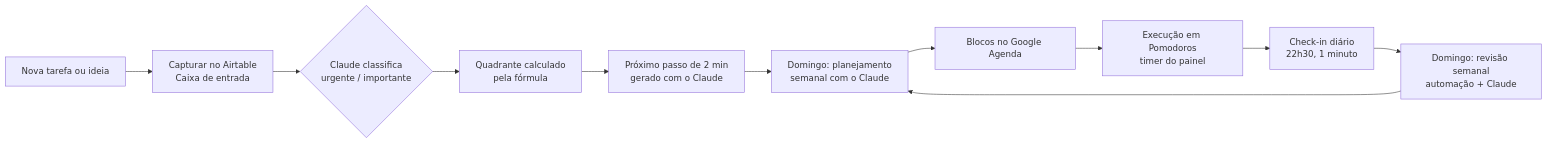
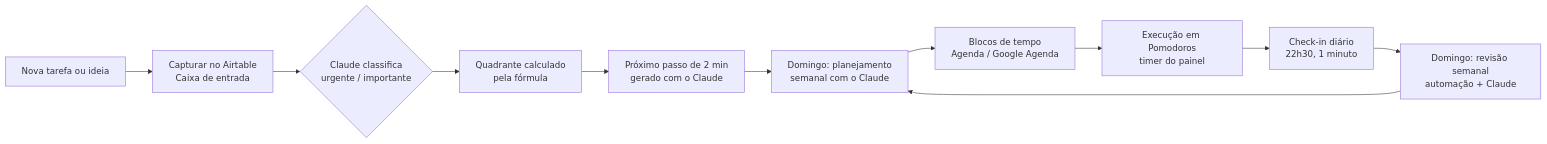
The diagram in README.md (Kenny-Barra/sistema-operacional-pessoal), drawn with Mermaid before and after one commit. The commit also changed other lines of this file and 6 other files, not shown here.

Commit message:
Adiciona prints do Airtable, link da base compartilhada e ajusta texto do Google Agenda

````diff
--- a/README.md
+++ b/README.md
@@ -115,13 +115,13 @@
 ```mermaid
 flowchart LR
     A[Nova tarefa ou ideia] --> B[Capturar no Airtable<br/>Caixa de entrada]
     B --> C{Claude classifica<br/>urgente / importante}
     C --> D[Quadrante calculado<br/>pela fórmula]
     D --> E[Próximo passo de 2 min<br/>gerado com o Claude]
     E --> F[Domingo: planejamento<br/>semanal com o Claude]
-    F --> G[Blocos no Google Agenda]
+    F --> G[Blocos de tempo<br/>Agenda / Google Agenda]
     G --> H[Execução em Pomodoros<br/>timer do painel]
     H --> I[Check-in diário<br/>22h30, 1 minuto]
     I --> J[Domingo: revisão semanal<br/>automação + Claude]
     J --> F
 ```
````
